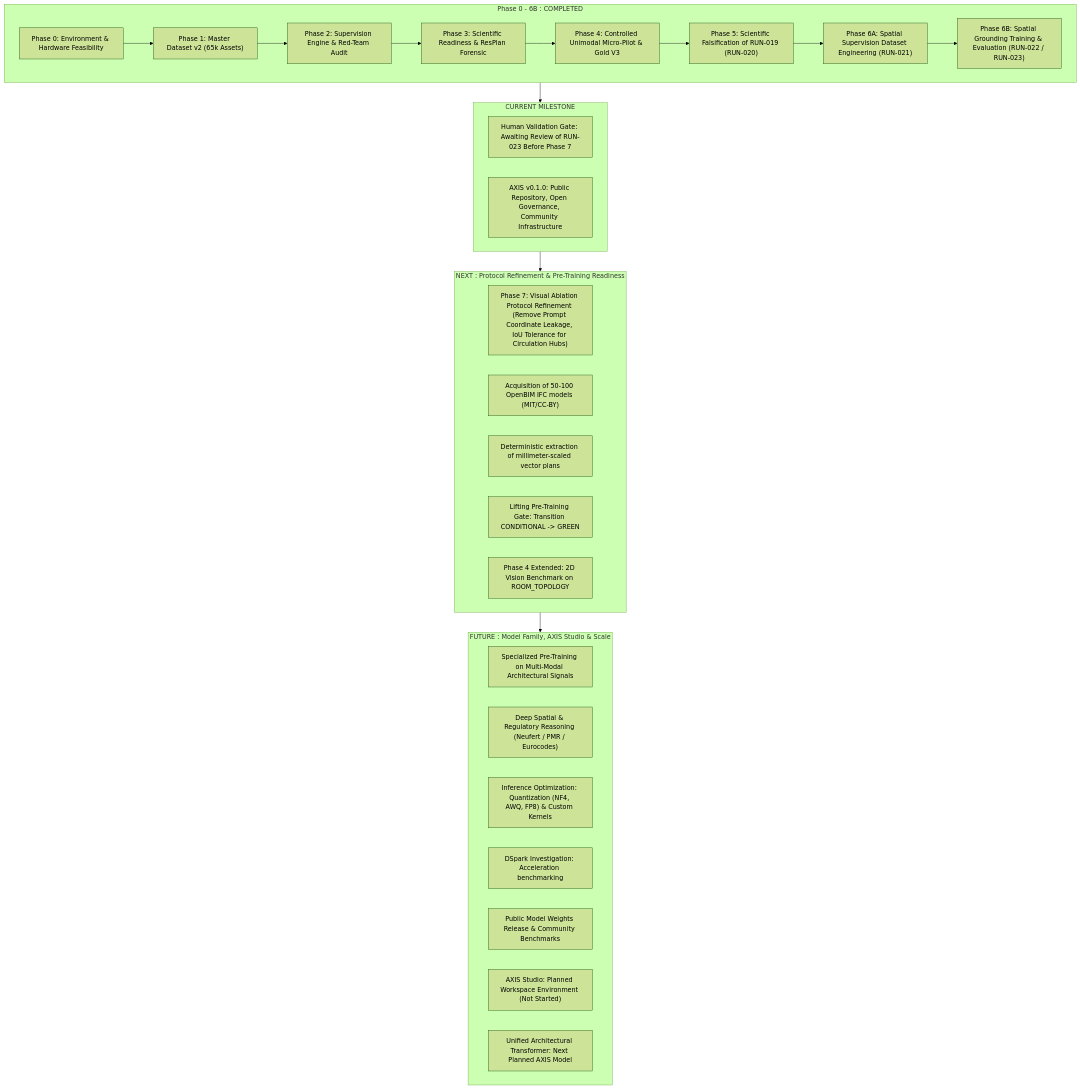
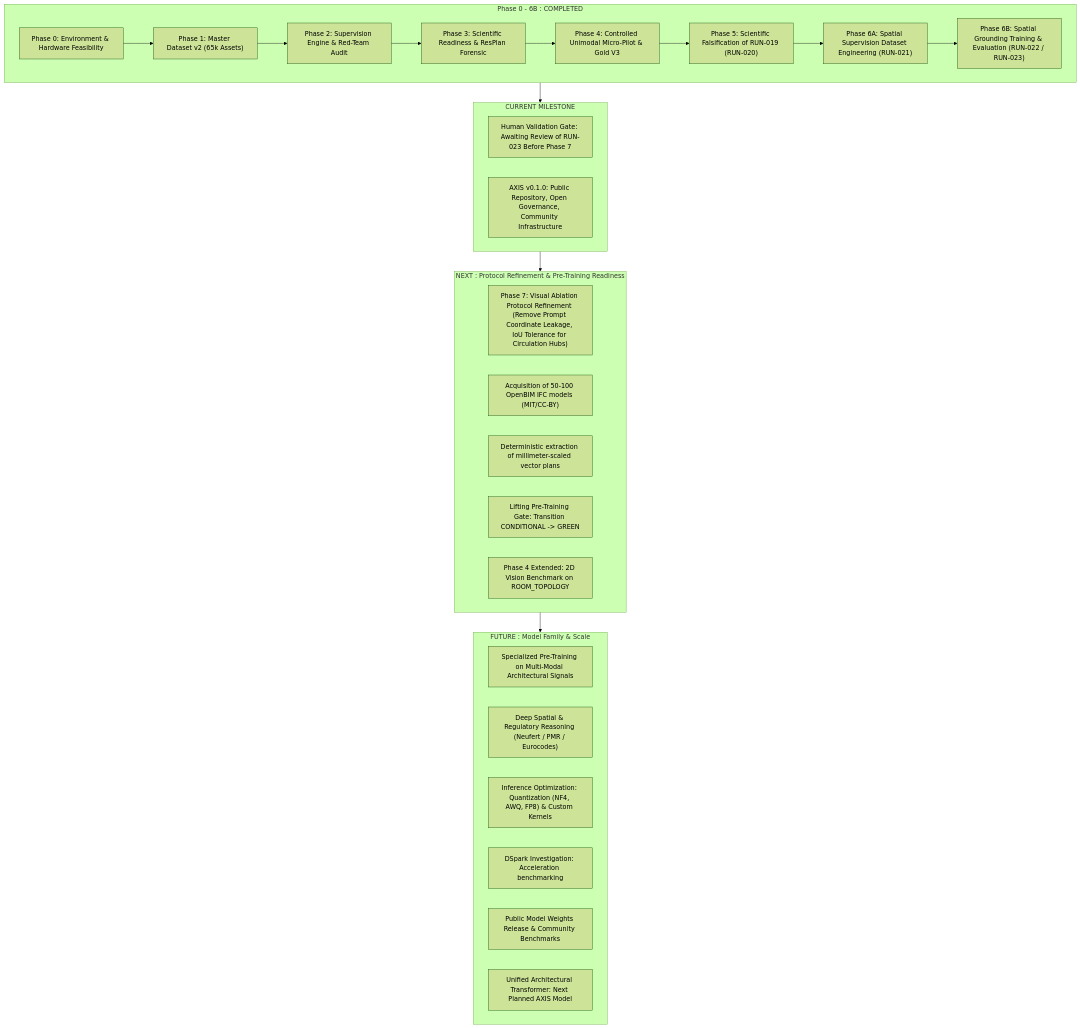
Before and after one commit to EncoreZaan/AXIS: the diagram in ROADMAP.md, drawn with Mermaid (forest theme). The commit also changed other lines of this file and 6 other files, not shown here.

````diff
--- a/ROADMAP.md
+++ b/ROADMAP.md
@@ -11,39 +11,38 @@
 ```mermaid
 flowchart TD
     subgraph COMPLETED ["Phase 0 - 6B : COMPLETED"]
         M1["Phase 0: Environment & Hardware Feasibility"] --> M2["Phase 1: Master Dataset v2 (65k Assets)"]
         M2 --> M3["Phase 2: Supervision Engine & Red-Team Audit"]
         M3 --> M4["Phase 3: Scientific Readiness & ResPlan Forensic"]
         M4 --> M5["Phase 4: Controlled Unimodal Micro-Pilot & Gold V3"]
         M5 --> M5B["Phase 5: Scientific Falsification of RUN-019 (RUN-020)"]
         M5B --> M5C["Phase 6A: Spatial Supervision Dataset Engineering (RUN-021)"]
         M5C --> M5D["Phase 6B: Spatial Grounding Training & Evaluation (RUN-022 / RUN-023)"]
     end
 
     subgraph CURRENT ["CURRENT MILESTONE"]
         M6["Human Validation Gate: Awaiting Review of RUN-023 Before Phase 7"]
         M6B["AXIS v0.1.0: Public Repository, Open Governance, Community Infrastructure"]
     end
 
     subgraph NEXT ["NEXT : Protocol Refinement & Pre-Training Readiness"]
         M7A["Phase 7: Visual Ablation Protocol Refinement (Remove Prompt Coordinate Leakage, IoU Tolerance for Circulation Hubs)"]
         M7["Acquisition of 50-100 OpenBIM IFC models (MIT/CC-BY)"]
         M8["Deterministic extraction of millimeter-scaled vector plans"]
         M9["Lifting Pre-Training Gate: Transition CONDITIONAL -> GREEN"]
         M10["Phase 4 Extended: 2D Vision Benchmark on ROOM_TOPOLOGY"]
     end
 
-    subgraph FUTURE ["FUTURE : Model Family, AXIS Studio & Scale"]
+    subgraph FUTURE ["FUTURE : Model Family & Scale"]
         M11["Specialized Pre-Training on Multi-Modal Architectural Signals"]
         M12["Deep Spatial & Regulatory Reasoning (Neufert / PMR / Eurocodes)"]
         M13["Inference Optimization: Quantization (NF4, AWQ, FP8) & Custom Kernels"]
         M14["DSpark Investigation: Acceleration benchmarking"]
         M15["Public Model Weights Release & Community Benchmarks"]
-        M16["AXIS Studio: Planned Workspace Environment (Not Started)"]
         M17["Unified Architectural Transformer: Next Planned AXIS Model"]
     end
 
     COMPLETED --> CURRENT
     CURRENT --> NEXT
     NEXT --> FUTURE
 ```
````
